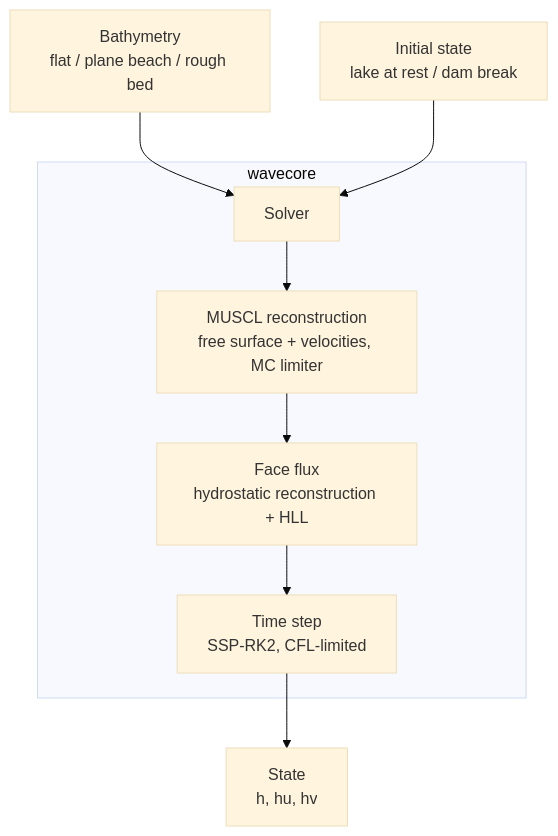
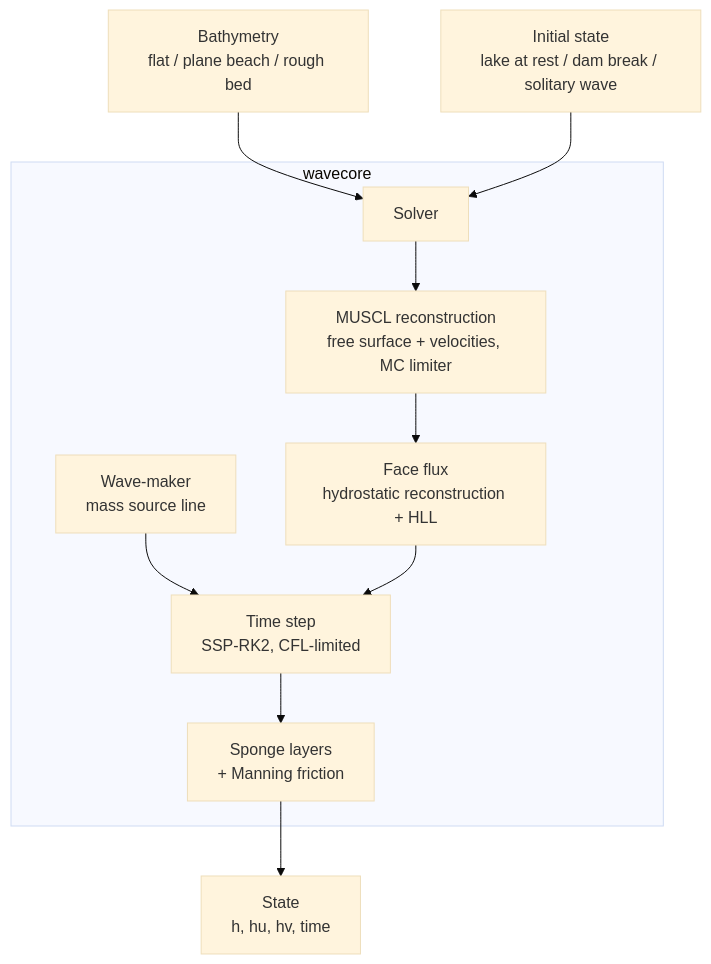
Before and after one commit to mlaegn/wavesim: the diagram in README.md, drawn with Mermaid (base theme). The commit also changed other lines of this file and 7 other files, not shown here.

Commit message:
Add wave-maker, sponge layers, Manning friction and periodic boundaries with wave verification

````diff
--- a/README.md
+++ b/README.md
@@ -47,11 +48,13 @@
 ```mermaid
 graph TD
     B[Bathymetry<br/>flat / plane beach / rough bed] --> S
-    I[Initial state<br/>lake at rest / dam break] --> S
+    I[Initial state<br/>lake at rest / dam break / solitary wave] --> S
     subgraph wavecore
         S[Solver] --> M[MUSCL reconstruction<br/>free surface + velocities, MC limiter]
         M --> F[Face flux<br/>hydrostatic reconstruction + HLL]
+        W[Wave-maker<br/>mass source line] --> U
         F --> U[Time step<br/>SSP-RK2, CFL-limited]
+        U --> D[Sponge layers<br/>+ Manning friction]
     end
-    U --> R[State<br/>h, hu, hv]
+    D --> R[State<br/>h, hu, hv, time]
 ```
````
